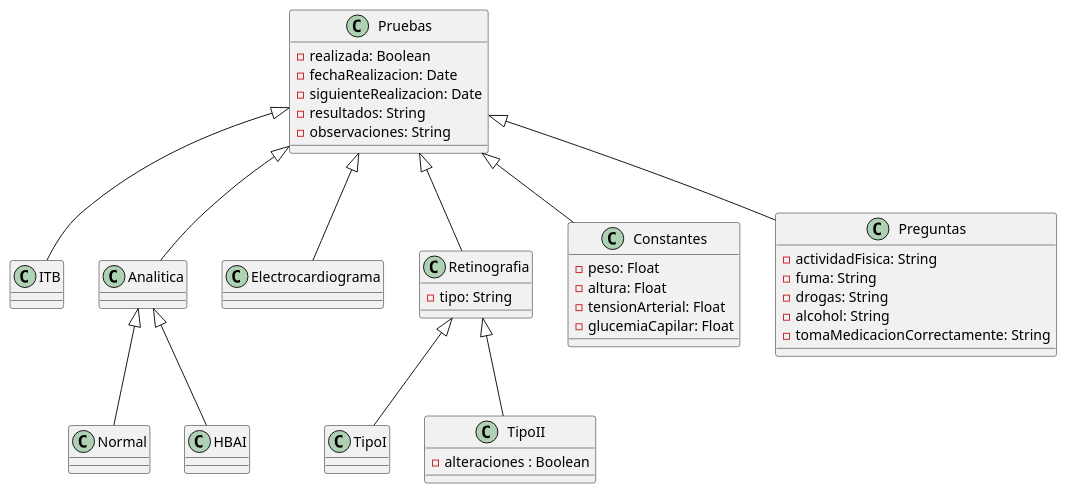
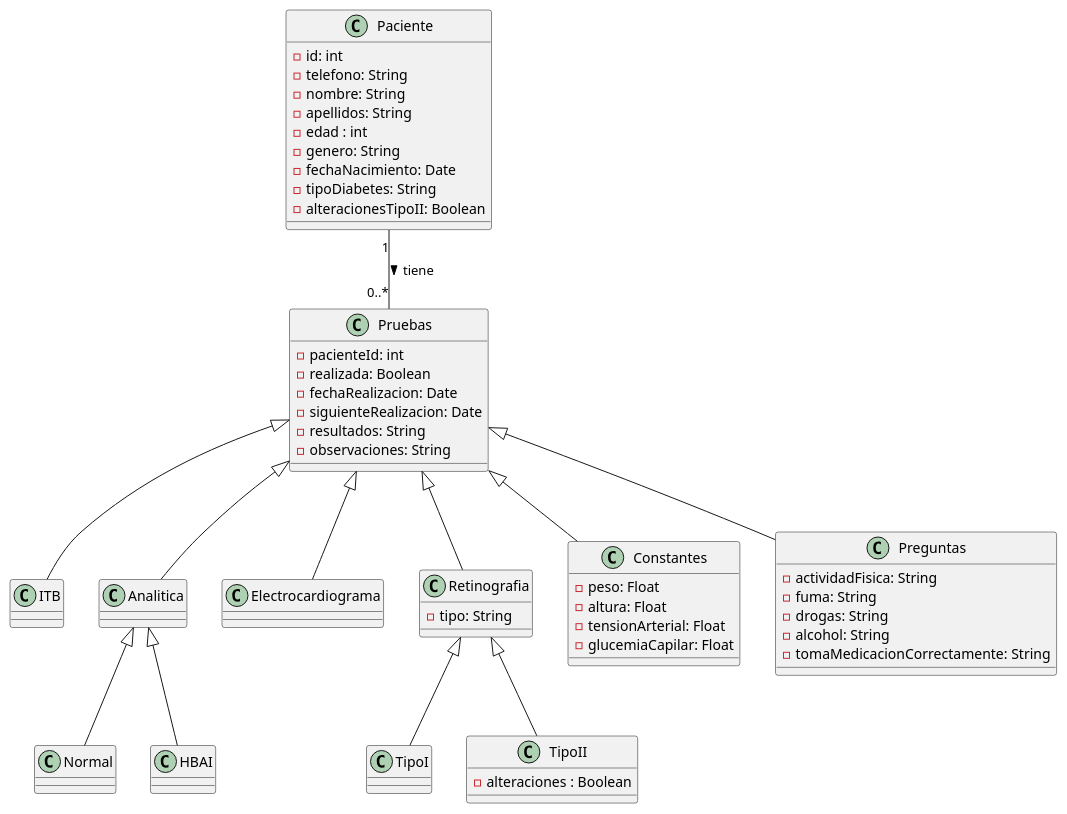
The diagram in documentos/01-modeloDeDominio/diagramaDeClases/DdC+atributos.puml (mariaarroniz/pySDyPP), drawn with PlantUML before and after one commit. The commit also changed 25 other files, not shown here.

Commit message:
docs: updated class diagram

```diff
--- a/documentos/01-modeloDeDominio/diagramaDeClases/DdC+atributos.puml
+++ b/documentos/01-modeloDeDominio/diagramaDeClases/DdC+atributos.puml
@@ -1,48 +1,61 @@
 @startuml
 
+class Paciente{
+    - id: int
+    - telefono: String
+    - nombre: String
+    - apellidos: String
+    - edad : int
+    - genero: String
+    - fechaNacimiento: Date
+    - tipoDiabetes: String
+    - alteracionesTipoII: Boolean
+
+}
 class Pruebas{
+    - pacienteId: int
     - realizada: Boolean
     - fechaRealizacion: Date
     - siguienteRealizacion: Date
     - resultados: String
     - observaciones: String
 }
 class ITB{}
 class Analitica{}
 class Normal{}
 class HBAI{}
 class Electrocardiograma{}
 class Retinografia{
     - tipo: String
 }
 class TipoI{}
 class TipoII{
     - alteraciones : Boolean
 }
 class Constantes{
     - peso: Float
     - altura: Float
     - tensionArterial: Float
     - glucemiaCapilar: Float
 }
 class Preguntas{
     - actividadFisica: String
     - fuma: String
     - drogas: String
     - alcohol: String
     - tomaMedicacionCorrectamente: String
 }
 
-
+Paciente "1" -- "0..*" Pruebas : tiene >
 Pruebas <|--  ITB
 Pruebas <|-- Analitica
 Pruebas <|-- Electrocardiograma
 Pruebas <|-- Retinografia
 Pruebas <|-- Constantes
 Pruebas <|-- Preguntas
 Analitica <|-- Normal
 Analitica <|-- HBAI
 Retinografia <|-- TipoI
 Retinografia <|-- TipoII
 
 @enduml
```
